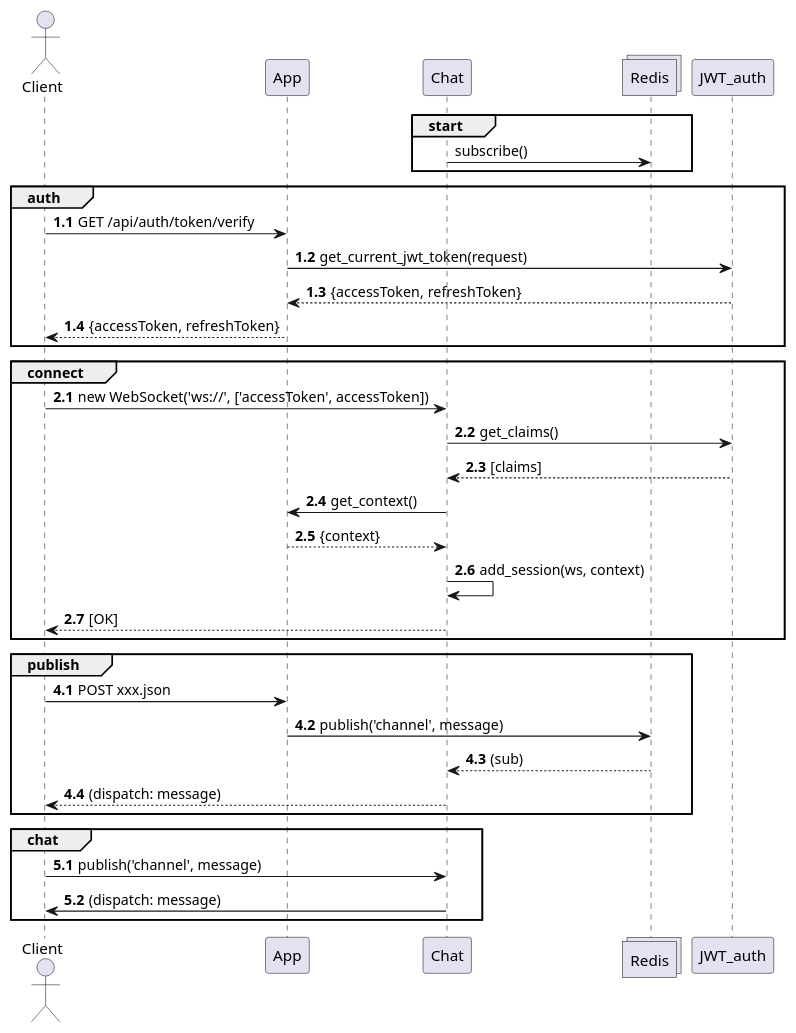
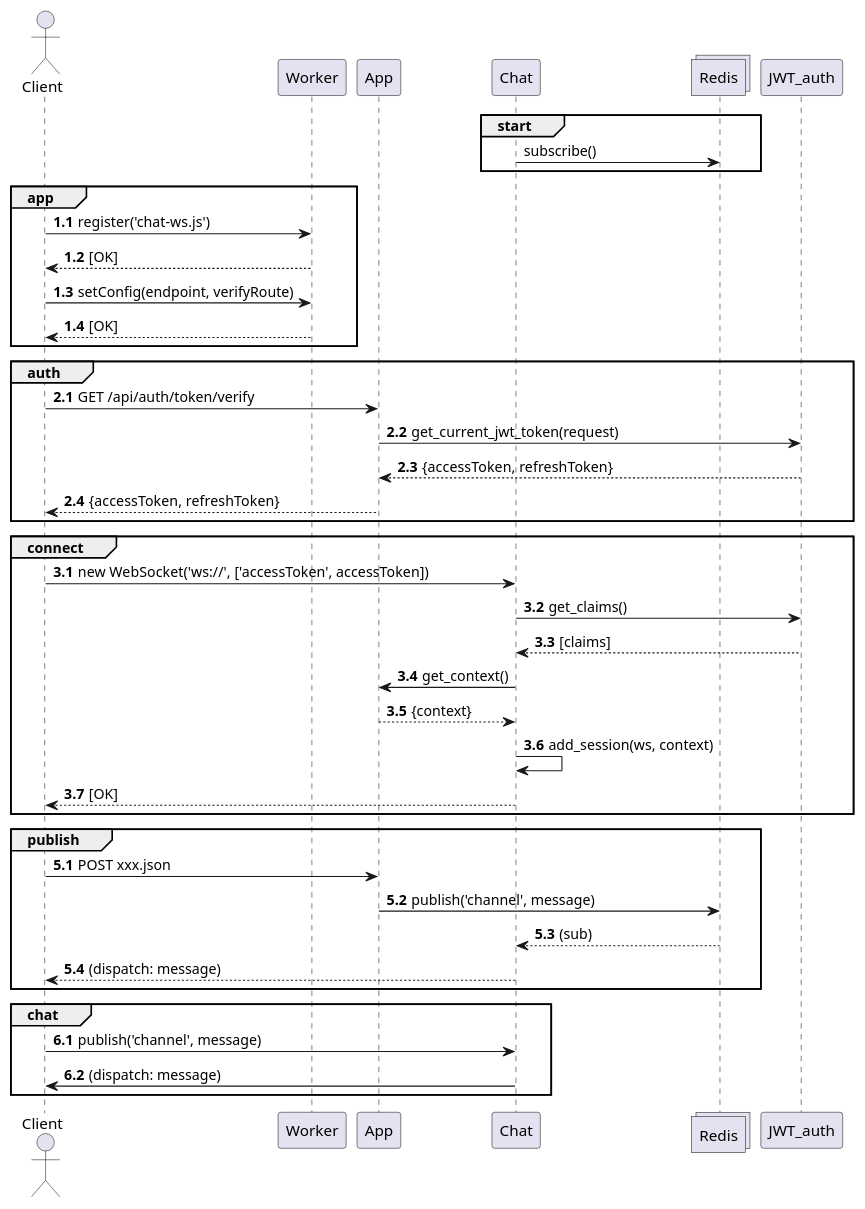
One commit to Py-AMS/pyams-chat-ws changed the diagram in docs/chat.puml. Above: the diagram before and after it, drawn with PlantUML. The commit also changed 7 other files, not shown here.

```diff
--- a/docs/chat.puml
+++ b/docs/chat.puml
@@ -1,47 +1,56 @@
 @startuml
 'https://plantuml.com/sequence-diagram
 
 actor Client
+participant Worker
 participant App
 participant Chat
 collections Redis
 participant JWT_auth
 
 group start
     Chat -> Redis: subscribe()
 end
 
+group app
+    autonumber 1.1
+    Client -> Worker: register('chat-ws.js')
+    Worker --> Client: [OK]
+    Client -> Worker: setConfig(endpoint, verifyRoute)
+    Worker --> Client: [OK]
+end
+
 group auth
-    autonumber 1.1
+    autonumber 2.1
     Client -> App: GET /api/auth/token/verify
     App -> JWT_auth: get_current_jwt_token(request)
     JWT_auth --> App: {accessToken, refreshToken}
     App --> Client: {accessToken, refreshToken}
 end
 
 group connect
-    autonumber 2.1
+    autonumber 3.1
     Client -> Chat: new WebSocket('ws://', ['accessToken', accessToken])
     Chat -> JWT_auth: get_claims()
     JWT_auth --> Chat: [claims]
     Chat -> App: get_context()
     App --> Chat: {context}
     Chat -> Chat: add_session(ws, context)
     Chat --> Client: [OK]
 end
 
 group publish
-    autonumber 4.1
+    autonumber 5.1
     Client -> App: POST xxx.json
     App -> Redis: publish('channel', message)
     Redis --> Chat: (sub)
     Chat --> Client: (dispatch: message)
 end
 
 group chat
-    autonumber 5.1
+    autonumber 6.1
     Client -> Chat: publish('channel', message)
     Chat -> Client: (dispatch: message)
 end
 
 @enduml
```
